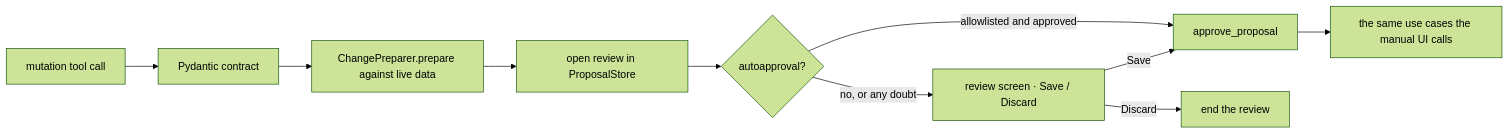
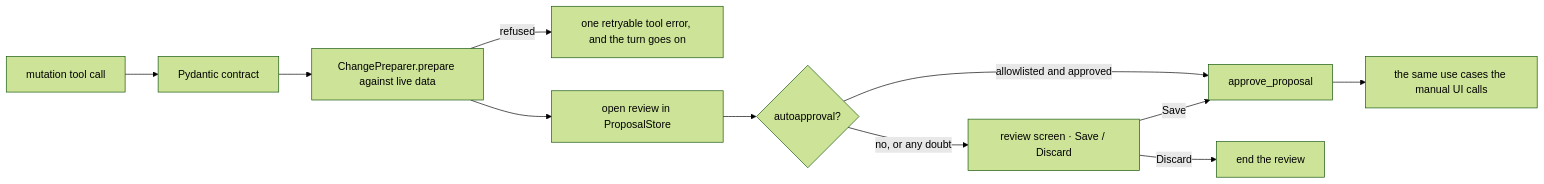
Before and after one commit to myvaheed/tg-ai-safwa: the eighth of 13 diagrams in docs/AGENT_ARCH.md, drawn with Mermaid (forest theme). The commit also changed other lines of this file and 18 other files, not shown here.

````diff
--- a/docs/AGENT_ARCH.md
+++ b/docs/AGENT_ARCH.md
@@ -236,12 +324,13 @@
 ```mermaid
 flowchart LR
     T[mutation tool call] --> C[Pydantic contract]
     C --> P[ChangePreparer.prepare against live data]
+    P -->|refused| ERR[one retryable tool error, and the turn goes on]
     P --> R[open review in ProposalStore]
     R --> AUTO{autoapproval?}
     AUTO -->|allowlisted and approved| APPLY
     AUTO -->|no, or any doubt| SCREEN[review screen · Save / Discard]
     SCREEN -->|Save| APPLY[approve_proposal]
     SCREEN -->|Discard| REJ[end the review]
     APPLY --> DOM[the same use cases the manual UI calls]
 ```
````
